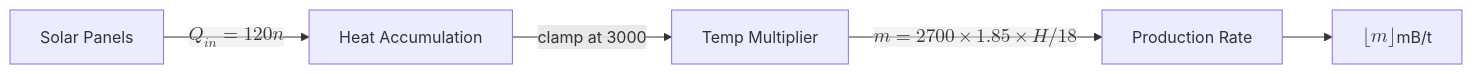
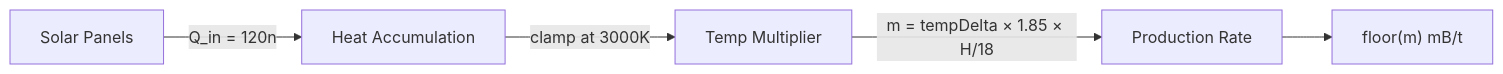
Before and after one commit to Kiwifan1/Kiwifan1.github.io: the second of 3 diagrams in docs/mekanism/thermal-evaporation.md, drawn with Mermaid.

Commit message:
Fix Mermaid KaTeX in thermal evaporation: use plain text labels

````diff
--- a/docs/mekanism/thermal-evaporation.md
+++ b/docs/mekanism/thermal-evaporation.md
@@ -131,7 +131,7 @@
 ```mermaid
 flowchart LR
-    Solar["Solar Panels"] -->|"$$Q_{in} = 120n$$"| Heat["Heat Accumulation"]
-    Heat -->|"clamp at 3000"| TM["Temp Multiplier"]
-    TM -->|"$$m = 2700 \times 1.85 \times H/18$$"| Rate["Production Rate"]
-    Rate --> Output["$$\lfloor m \rfloor$$ mB/t"]
+    Solar["Solar Panels"] -->|"Q_in = 120n"| Heat["Heat Accumulation"]
+    Heat -->|"clamp at 3000K"| TM["Temp Multiplier"]
+    TM -->|"m = tempDelta × 1.85 × H/18"| Rate["Production Rate"]
+    Rate --> Output["floor(m) mB/t"]
 ```
````
